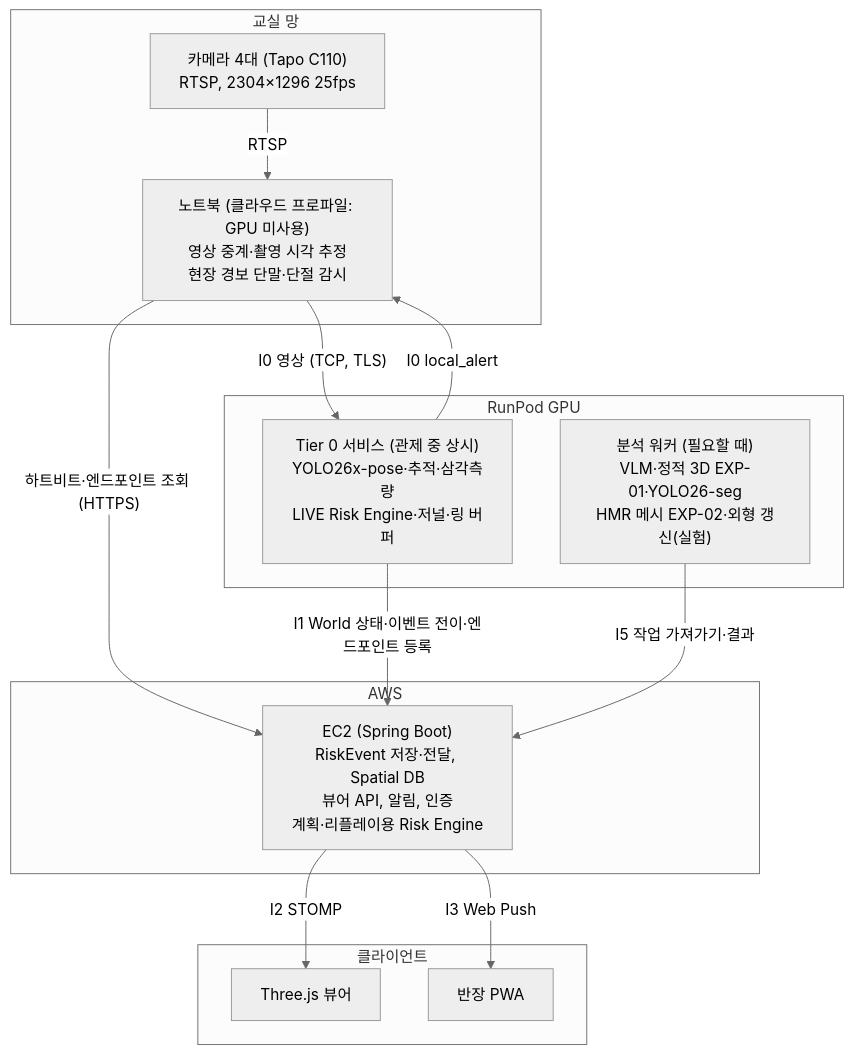
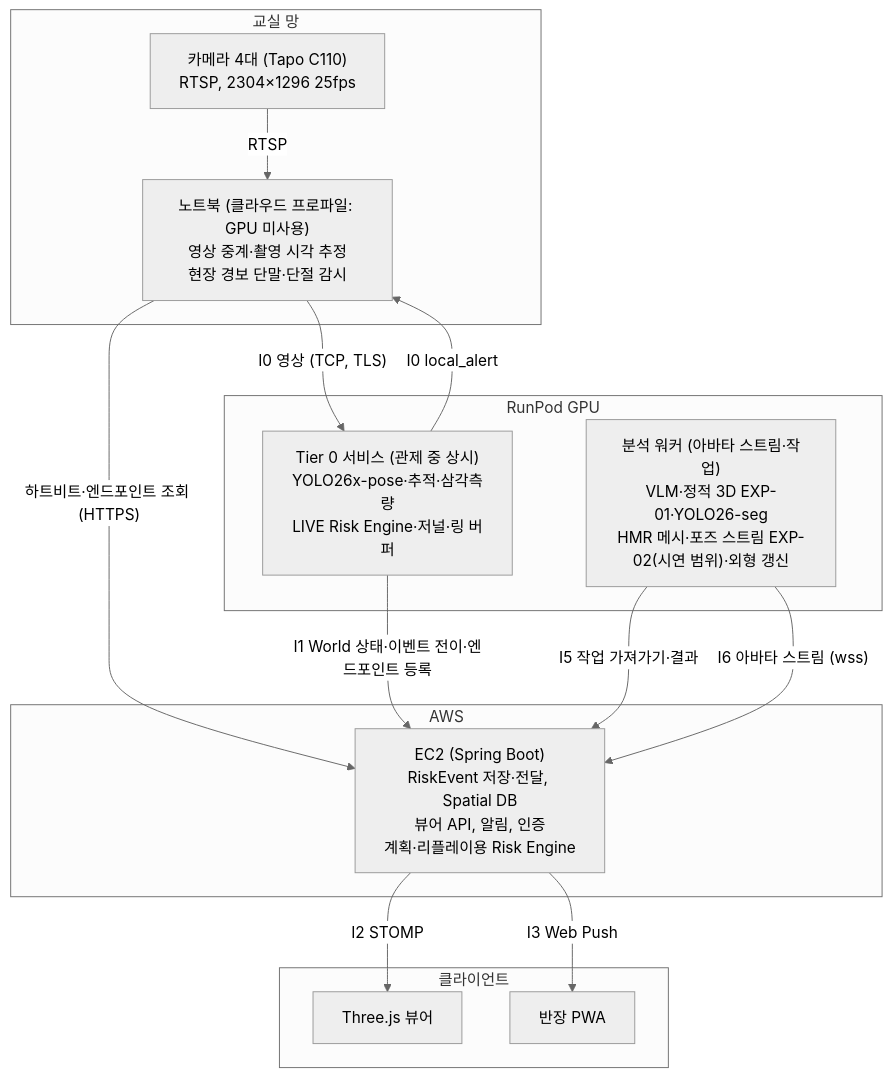
One commit to Janjonghwa/simai changed the first of 2 diagrams in docs/spec/03-system.md. Above: the diagram before and after it, drawn with Mermaid (neutral theme). The commit also changed other lines of this file and 19 other files, not shown here.

Commit message:
[S15P31A101-247] EXP-02 메시·포즈 스트림을 시연 범위로 올리고(LIVE 중 지연 감시 예외), 동의 제한 제거·얼굴 원칙(관측 픽셀 허용, 생성형 복원 금지, Re-ID 보조 후속)·아바타 스트림 구간을 기획서 v1.3 수정 29 과 AGENTS 규칙 8 에 반영한다

````diff
--- a/docs/spec/03-system.md
+++ b/docs/spec/03-system.md
@@ -157,26 +157,27 @@
 ```mermaid
 flowchart TB
   subgraph Classroom["교실 망"]
     CAM["카메라 4대 (Tapo C110)<br/>RTSP, 2304×1296 25fps"]
     GW["노트북 (클라우드 프로파일: GPU 미사용)<br/>영상 중계·촬영 시각 추정<br/>현장 경보 단말·단절 감시"]
     CAM -->|RTSP| GW
   end
   subgraph RunPod["RunPod GPU"]
     T0["Tier 0 서비스 (관제 중 상시)<br/>YOLO26x-pose·추적·삼각측량<br/>LIVE Risk Engine·저널·링 버퍼"]
-    AW["분석 워커 (필요할 때)<br/>VLM·정적 3D EXP-01·YOLO26-seg<br/>HMR 메시 EXP-02·외형 갱신(실험)"]
+    AW["분석 워커 (아바타 스트림·작업)<br/>VLM·정적 3D EXP-01·YOLO26-seg<br/>HMR 메시·포즈 스트림 EXP-02(시연 범위)·외형 갱신"]
   end
   subgraph AWS["AWS"]
     EC2["EC2 (Spring Boot)<br/>RiskEvent 저장·전달, Spatial DB<br/>뷰어 API, 알림, 인증<br/>계획·리플레이용 Risk Engine"]
   end
   subgraph Clients["클라이언트"]
     V["Three.js 뷰어"]
     P["반장 PWA"]
   end
   GW -->|"I0 영상 (TCP, TLS)"| T0
   T0 -->|"I0 local_alert"| GW
   GW -->|"하트비트·엔드포인트 조회 (HTTPS)"| EC2
   T0 -->|"I1 World 상태·이벤트 전이·엔드포인트 등록"| EC2
   AW -->|"I5 작업 가져가기·결과"| EC2
+  AW -->|"I6 아바타 스트림 (wss)"| EC2
   EC2 -->|I2 STOMP| V
   EC2 -->|I3 Web Push| P
 ```
````
